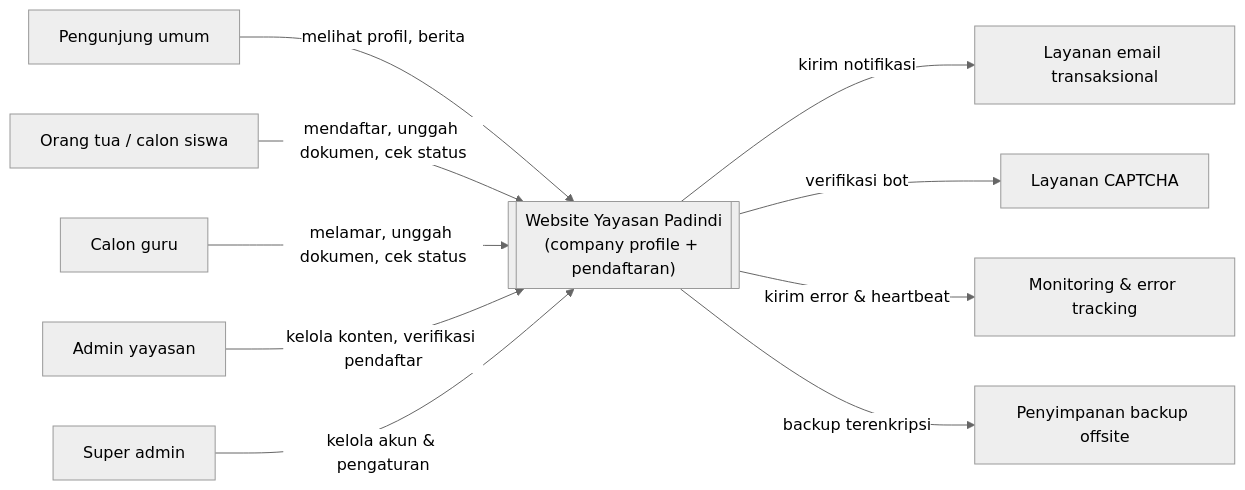
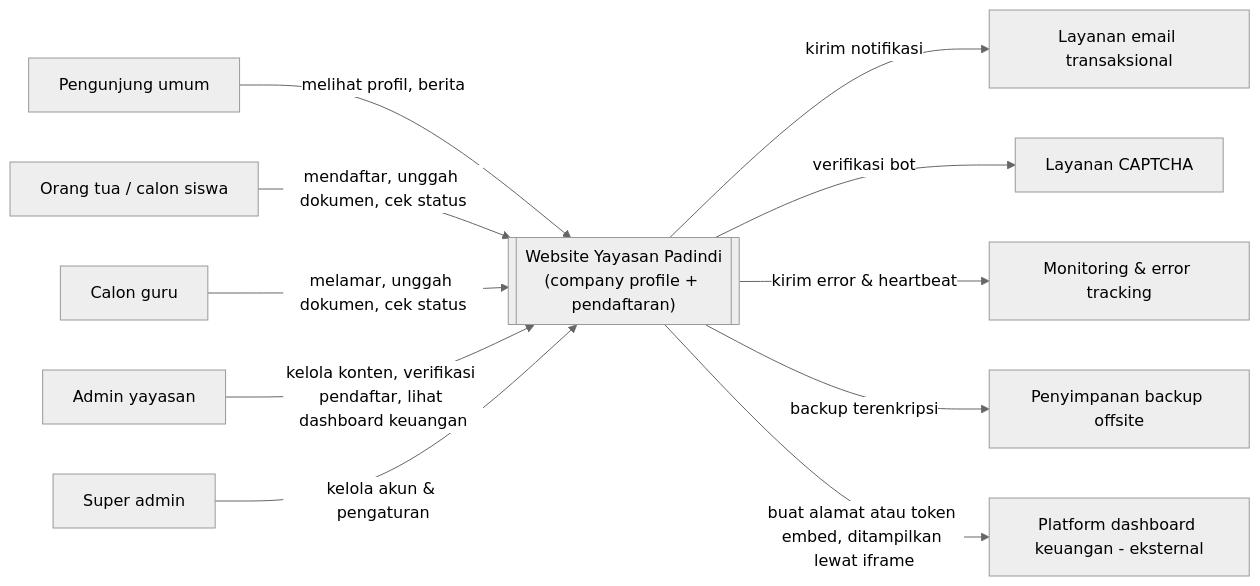
Before and after one commit to muhnazli6804-boop/companyprofile: the first of 10 diagrams in docs/ARCHITECTURE.md, drawn with Mermaid (neutral theme). The commit also changed other lines of this file and 4 other files, not shown here.

````diff
--- a/docs/ARCHITECTURE.md
+++ b/docs/ARCHITECTURE.md
@@ -68,26 +70,28 @@
 ```mermaid
 flowchart LR
     V[Pengunjung umum]
     P[Orang tua / calon siswa]
     G[Calon guru]
     A[Admin yayasan]
     SA[Super admin]
 
     SYS[["Website Yayasan Padindi\n(company profile + pendaftaran)"]]
 
     EM[Layanan email transaksional]
     CP[Layanan CAPTCHA]
     MON[Monitoring & error tracking]
     BK[Penyimpanan backup offsite]
+    FIN[Platform dashboard keuangan - eksternal]
 
     V -->|melihat profil, berita| SYS
     P -->|mendaftar, unggah dokumen, cek status| SYS
     G -->|melamar, unggah dokumen, cek status| SYS
-    A -->|kelola konten, verifikasi pendaftar| SYS
+    A -->|kelola konten, verifikasi pendaftar, lihat dashboard keuangan| SYS
     SA -->|kelola akun & pengaturan| SYS
 
     SYS -->|kirim notifikasi| EM
     SYS -->|verifikasi bot| CP
     SYS -->|kirim error & heartbeat| MON
     SYS -->|backup terenkripsi| BK
+    SYS -->|buat alamat atau token embed, ditampilkan lewat iframe| FIN
 ```
````
